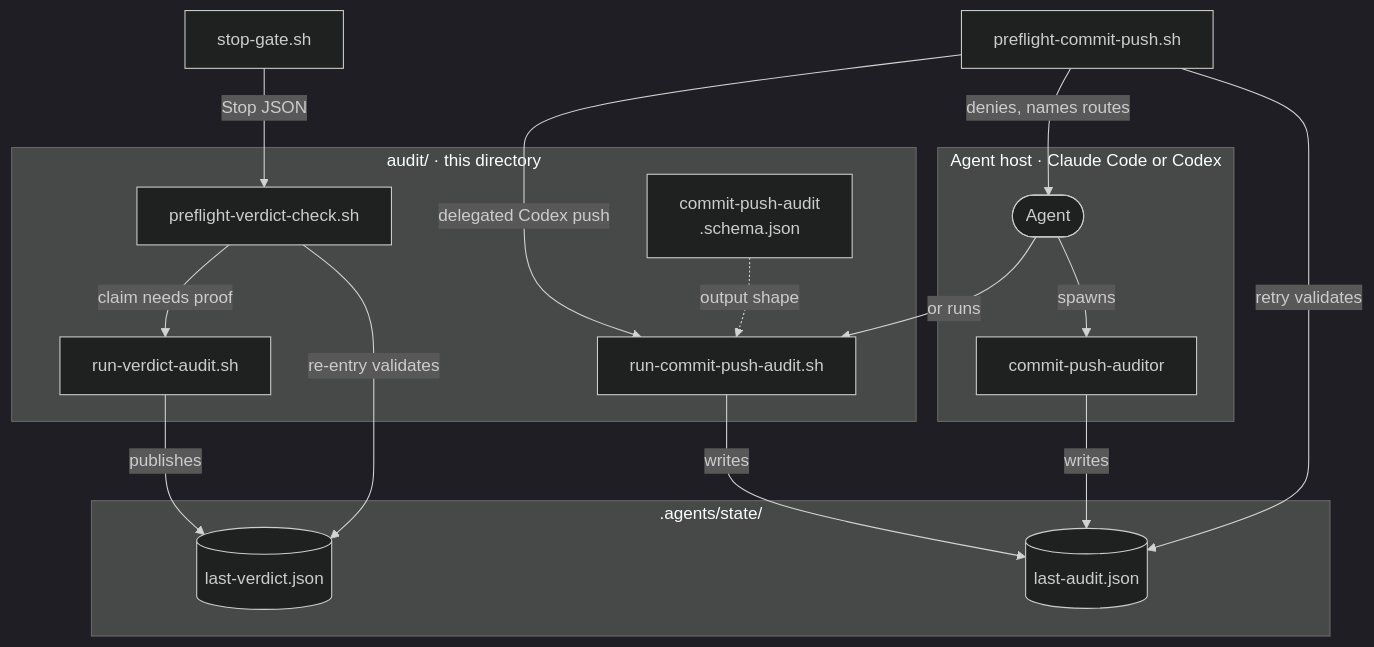
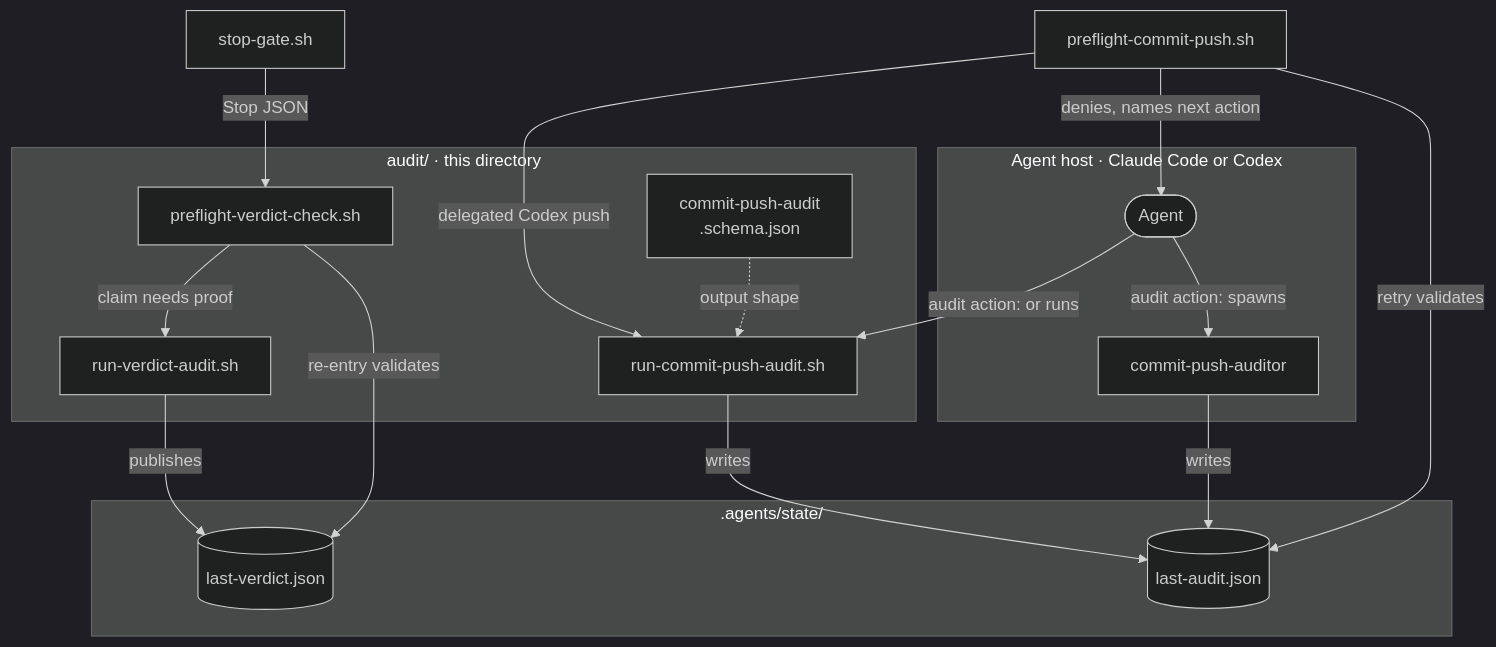
One commit to boxlite-ai/agent-tooling changed the diagram in plugins/boxlite-agent-tooling/.agents/hooks/audit/README.md. Above: the diagram before and after it, drawn with Mermaid (dark theme). The commit also changed other lines of this file and 54 other files, not shown here.

````diff
--- a/plugins/boxlite-agent-tooling/.agents/hooks/audit/README.md
+++ b/plugins/boxlite-agent-tooling/.agents/hooks/audit/README.md
@@ -18,31 +18,31 @@
 ```mermaid
 flowchart TB
   stop_gate["stop-gate.sh"]
   commit_gate["preflight-commit-push.sh"]
   subgraph audit_dir["audit/ · this directory"]
     verdict_gate["preflight-verdict-check.sh"]
     verdict_runner["run-verdict-audit.sh"]
     schema["commit-push-audit<br/>.schema.json"]
     commit_runner["run-commit-push-audit.sh"]
   end
   subgraph agent_host["Agent host · Claude Code or Codex"]
     agent(["Agent"])
     native_auditor["commit-push-auditor"]
   end
   subgraph state_dir[".agents/state/"]
     verdict_dossier[("last-verdict.json")]
     commit_dossier[("last-audit.json")]
   end
   stop_gate e_stop_payload@-->|"Stop JSON"| verdict_gate
   verdict_gate e_run_verdict@-->|"claim needs proof"| verdict_runner
   verdict_runner e_write_verdict@-->|"publishes"| verdict_dossier
   verdict_gate e_check_verdict@-->|"re-entry validates"| verdict_dossier
-  commit_gate e_deny@-->|"denies, names routes"| agent
-  agent e_spawn_native@-->|"spawns"| native_auditor
-  agent e_run_headless@-->|"or runs"| commit_runner
+  commit_gate e_deny@-->|"denies, names next action"| agent
+  agent e_spawn_native@-->|"audit action: spawns"| native_auditor
+  agent e_run_headless@-->|"audit action: or runs"| commit_runner
   commit_gate e_delegated_push@-->|"delegated Codex push"| commit_runner
   schema e_schema@-.->|"output shape"| commit_runner
   commit_runner e_write_commit@-->|"writes"| commit_dossier
   native_auditor e_write_native@-->|"writes"| commit_dossier
   commit_gate e_check_commit@-->|"retry validates"| commit_dossier
 ```
````
